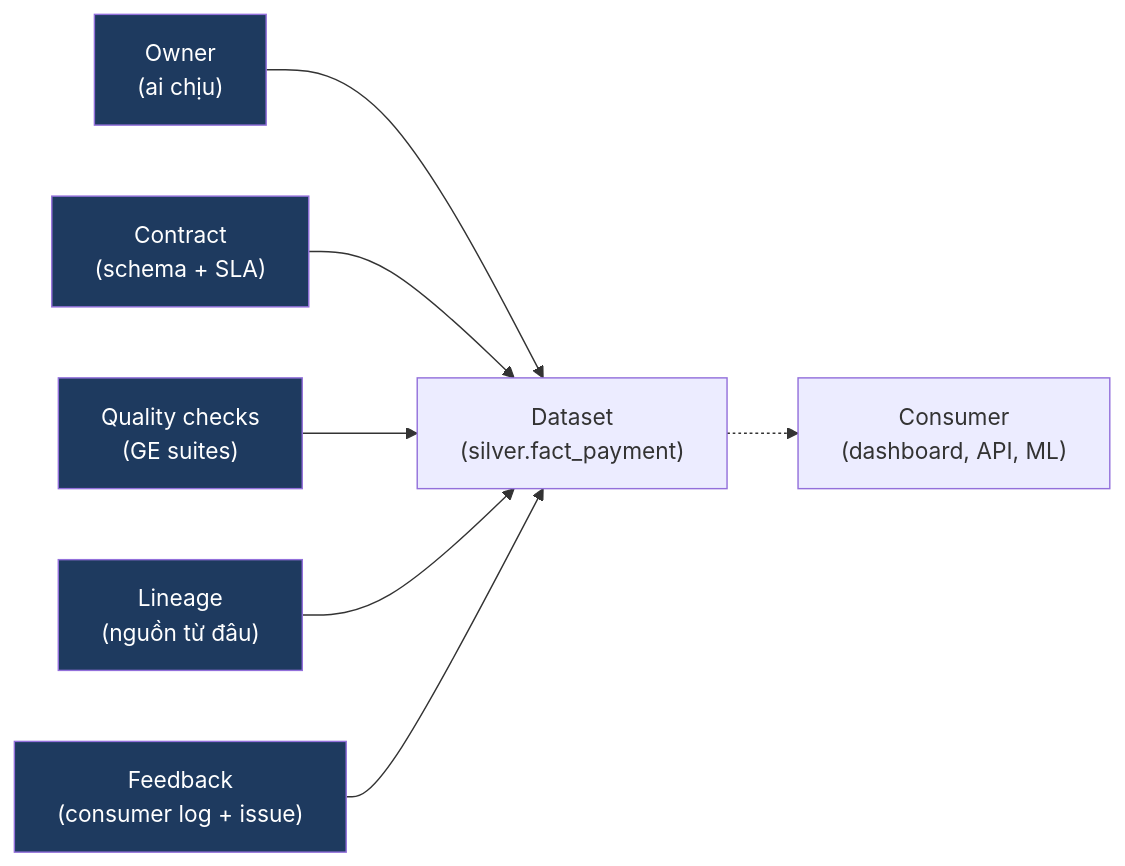
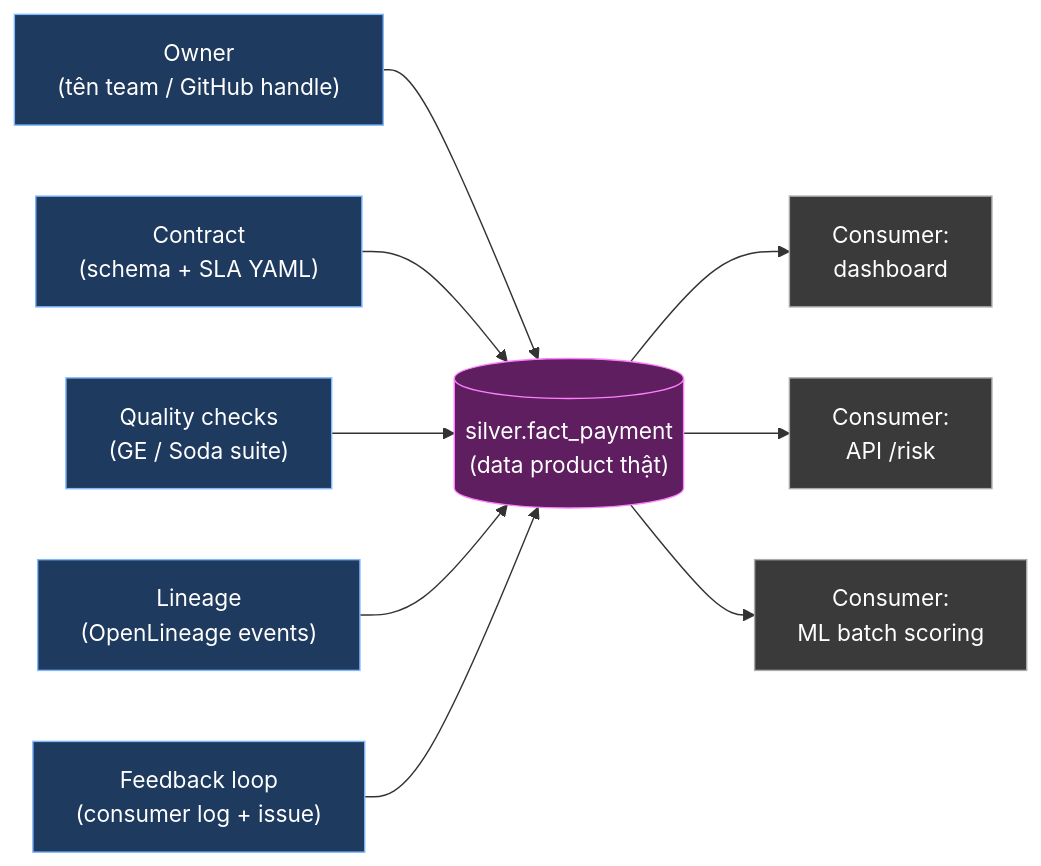
Before and after one commit to ankinguyen-engineer-2002/realtime-data-ai-platform-digital-twin: the second of 4 diagrams in learning/00-mental-models/01-data-product-thinking.md, drawn with Mermaid. The commit also changed other lines of this file and 2 other files, not shown here.

````diff
--- a/learning/00-mental-models/01-data-product-thinking.md
+++ b/learning/00-mental-models/01-data-product-thinking.md
@@ -106,12 +228,24 @@
 ```mermaid
 flowchart LR
-    classDef p fill:#1e3a5f,color:#fff
+    classDef attr fill:#1e3a5f,stroke:#7fb8ff,color:#fff
+    classDef ds fill:#5f1e5f,stroke:#ff7fff,color:#fff
+    classDef con fill:#3a3a3a,stroke:#aaa,color:#fff
 
-    O["Owner<br/>(ai chịu)"]:::p --> D["Dataset<br/>(silver.fact_payment)"]
-    C["Contract<br/>(schema + SLA)"]:::p --> D
-    Q["Quality checks<br/>(GE suites)"]:::p --> D
-    L["Lineage<br/>(nguồn từ đâu)"]:::p --> D
-    F["Feedback<br/>(consumer log + issue)"]:::p --> D
+    O["Owner<br/>(tên team / GitHub handle)"]:::attr
+    C["Contract<br/>(schema + SLA YAML)"]:::attr
+    Q["Quality checks<br/>(GE / Soda suite)"]:::attr
+    L["Lineage<br/>(OpenLineage events)"]:::attr
+    F["Feedback loop<br/>(consumer log + issue)"]:::attr
 
-    D -.-> CON["Consumer<br/>(dashboard, API, ML)"]
+    DS[("silver.fact_payment<br/>(data product thật)")]:::ds
+
+    O --> DS
+    C --> DS
+    Q --> DS
+    L --> DS
+    F --> DS
+
+    DS --> CON1["Consumer:<br/>dashboard"]:::con
+    DS --> CON2["Consumer:<br/>API /risk"]:::con
+    DS --> CON3["Consumer:<br/>ML batch scoring"]:::con
 ```
````
